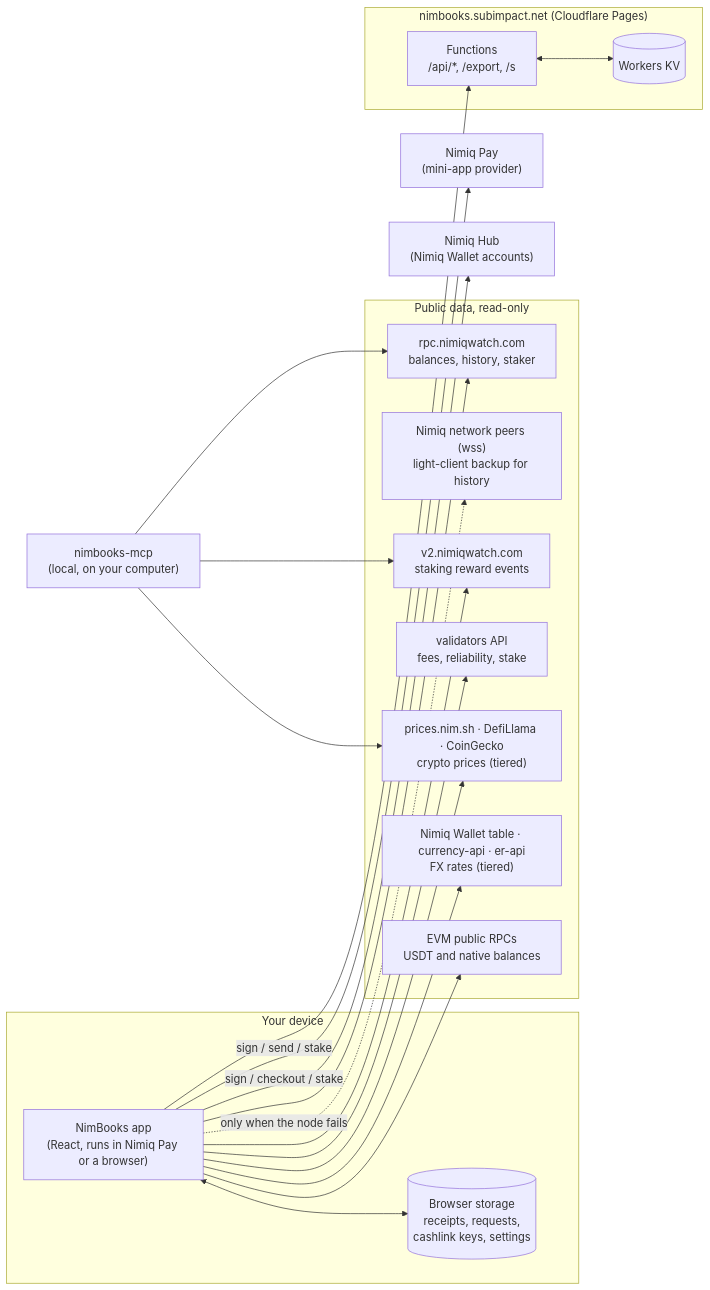
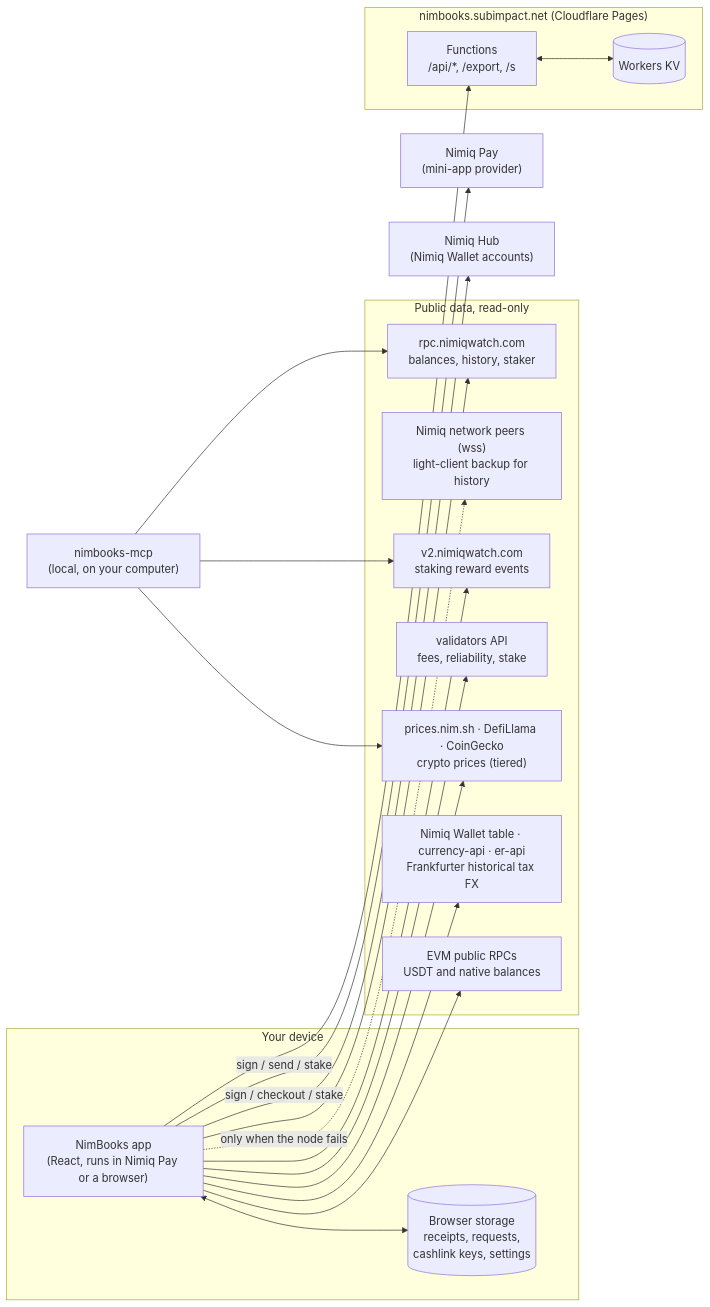
One commit to subimpact/nimbooks changed the diagram in ARCHITECTURE.md. Above: the diagram before and after it, drawn with Mermaid. The commit also changed other lines of this file and 15 other files, not shown here.

Commit message:
v1.44.0: tax uses each day's exchange rate (ECB via Frankfurter, currency-api snapshots), real tx times in exports, Koinly Tag=reward, Summ template header + reference price, summary states method/price/FX sources; Portfolio PDF unlocks with 1,000 NIM staked with any validator (ImpactZero suggested)

````diff
--- a/ARCHITECTURE.md
+++ b/ARCHITECTURE.md
@@ -9,34 +9,34 @@
 ```mermaid
 flowchart LR
   subgraph Device["Your device"]
     App["NimBooks app<br/>(React, runs in Nimiq Pay or a browser)"]
     Store[("Browser storage<br/>receipts, requests,<br/>cashlink keys, settings")]
     App <--> Store
   end
 
   Pay["Nimiq Pay<br/>(mini-app provider)"]
   Hub["Nimiq Hub<br/>(Nimiq Wallet accounts)"]
   App -- "sign / send / stake" --> Pay
   App -- "sign / checkout / stake" --> Hub
 
   subgraph Public["Public data, read-only"]
     RPC["rpc.nimiqwatch.com<br/>balances, history, staker"]
     LC["Nimiq network peers (wss)<br/>light-client backup for history"]
     V2["v2.nimiqwatch.com<br/>staking reward events"]
     VAL["validators API<br/>fees, reliability, stake"]
     PX["prices.nim.sh · DefiLlama · CoinGecko<br/>crypto prices (tiered)"]
-    FX["Nimiq Wallet table · currency-api · er-api<br/>FX rates (tiered)"]
+    FX["Nimiq Wallet table · currency-api · er-api<br/>Frankfurter historical tax FX"]
     EVM["EVM public RPCs<br/>USDT and native balances"]
   end
   App --> RPC & V2 & VAL & PX & FX & EVM
   App -.->|only when the node fails| LC
 
   subgraph Edge["nimbooks.subimpact.net (Cloudflare Pages)"]
     FN["Functions<br/>/api/*, /export, /s"]
     KV[("Workers KV")]
     FN <--> KV
   end
   App --> FN
 
   MCP["nimbooks-mcp<br/>(local, on your computer)"] --> RPC & V2 & PX
 ```
````
